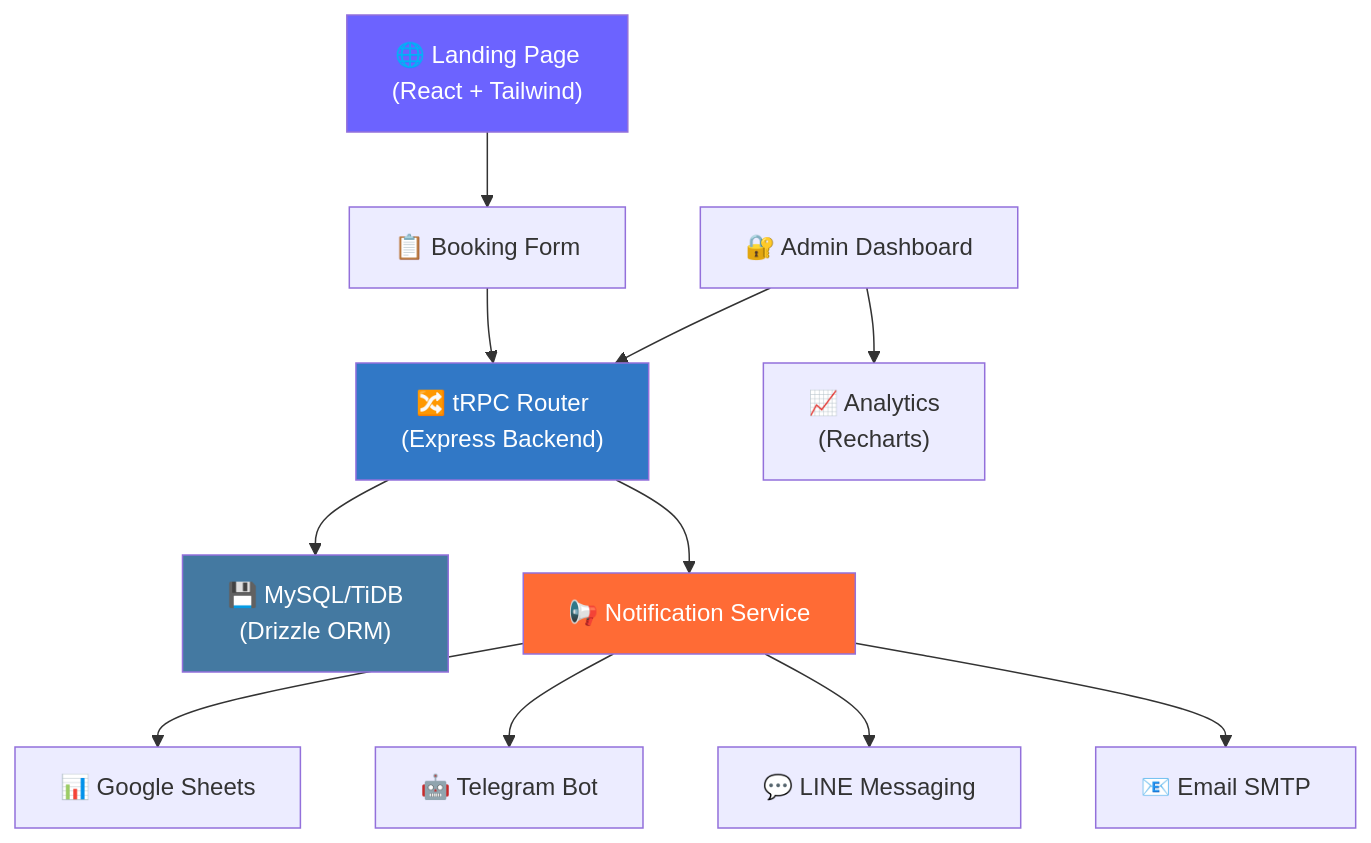
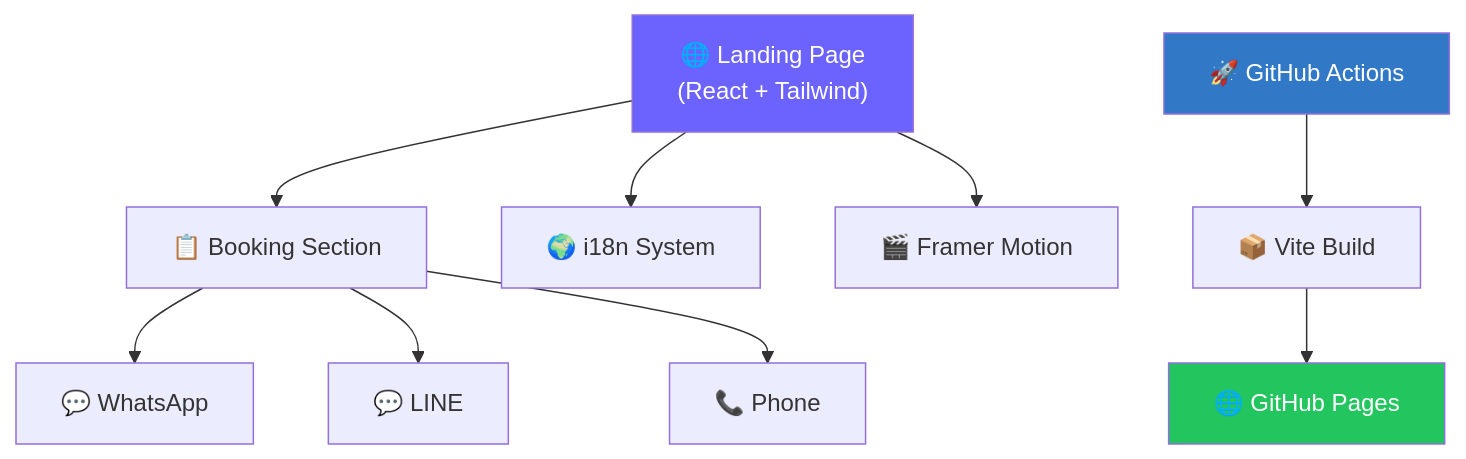
Before and after one commit to romeototo/bkk-pattaya-taxi: the diagram in README.md, drawn with Mermaid. The commit also changed other lines of this file and 1 other file, not shown here.

````diff
--- a/README.md
+++ b/README.md
@@ -61,20 +60,17 @@
 ```mermaid
 graph TD
-    A["🌐 Landing Page<br/>(React + Tailwind)"] --> B["📋 Booking Form"]
-    B --> C["🔀 tRPC Router<br/>(Express Backend)"]
-    C --> D["💾 MySQL/TiDB<br/>(Drizzle ORM)"]
-    C --> E["📢 Notification Service"]
+    A["🌐 Landing Page<br/>(React + Tailwind)"] --> B["📋 Booking Section"]
+    A --> C["🌍 i18n System"]
+    A --> D["🎬 Framer Motion"]
     
-    E --> F["📊 Google Sheets"]
-    E --> G["🤖 Telegram Bot"]
-    E --> H["💬 LINE Messaging"]
-    E --> I["📧 Email SMTP"]
+    B --> E["💬 WhatsApp"]
+    B --> F["💬 LINE"]
+    B --> G["📞 Phone"]
     
-    J["🔐 Admin Dashboard"] --> C
-    J --> K["📈 Analytics<br/>(Recharts)"]
-
+    H["🚀 GitHub Actions"] --> I["📦 Vite Build"]
+    I --> J["🌐 GitHub Pages"]
+    
     style A fill:#6C63FF,color:#fff
-    style C fill:#3178C6,color:#fff
-    style D fill:#4479A1,color:#fff
-    style E fill:#FF6B35,color:#fff
+    style H fill:#3178C6,color:#fff
+    style J fill:#22c55e,color:#fff
 ```
````
